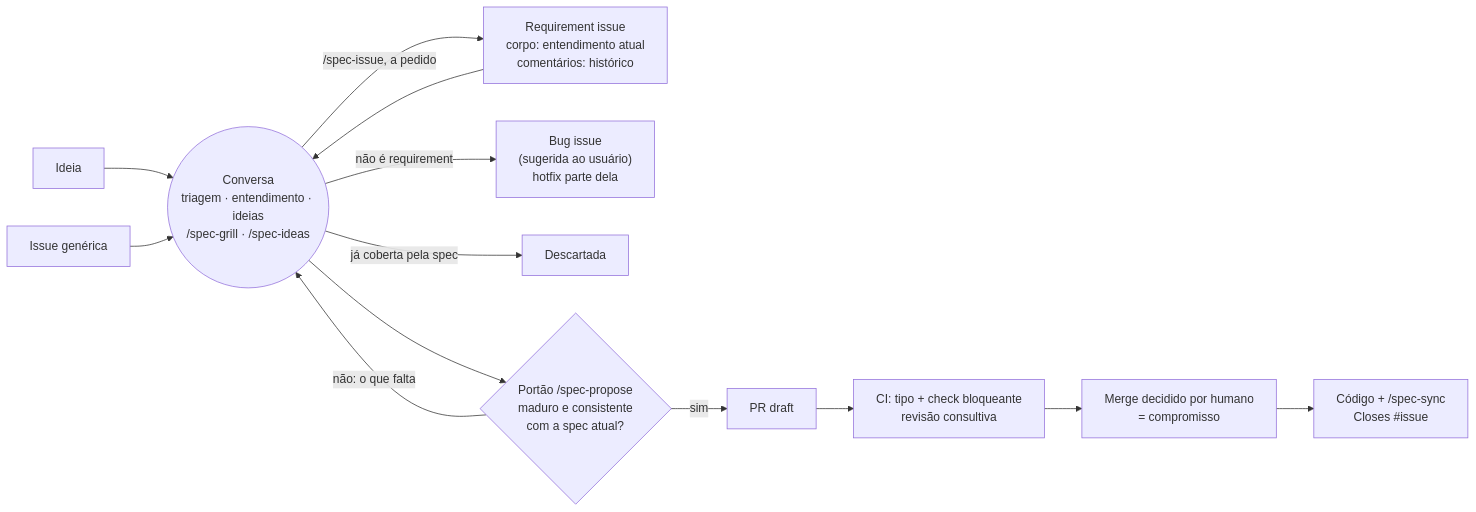
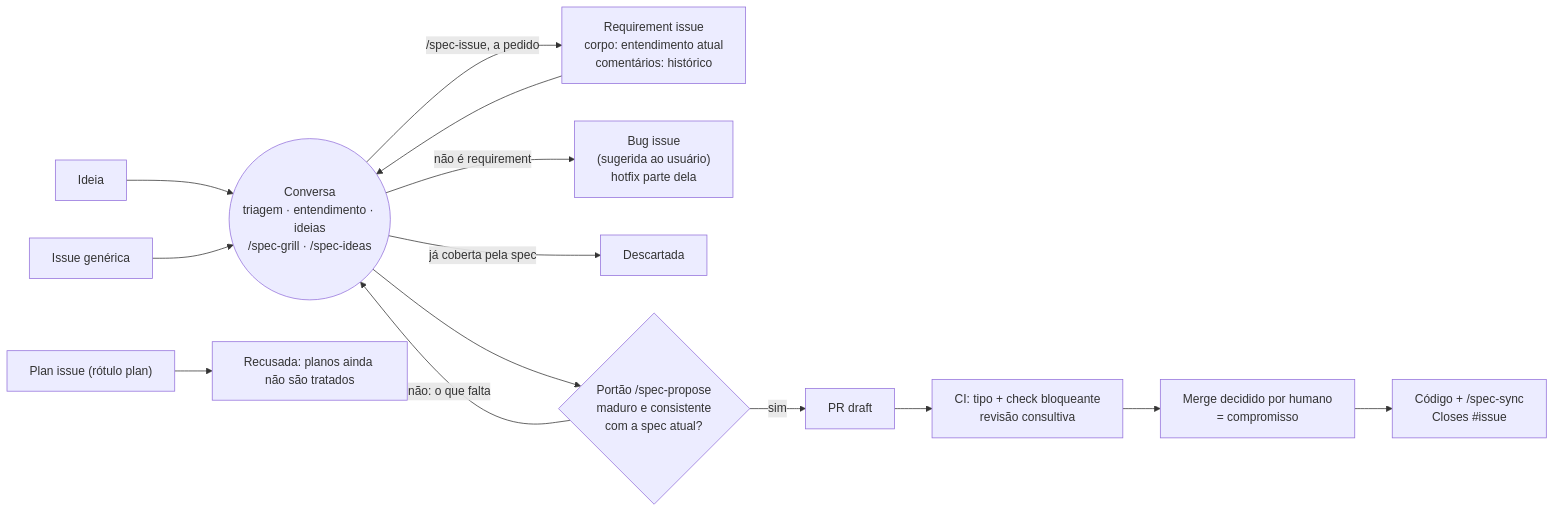
Before and after one commit to useful-toys/Tabularium: the diagram in README.md, drawn with Mermaid. The commit also changed other lines of this file and 8 other files, not shown here.

````diff
--- a/README.md
+++ b/README.md
@@ -16,14 +16,16 @@
 ```mermaid
 flowchart LR
   ID["Ideia"] --> C
   IS["Issue genérica"] --> C
   RI["Requirement issue<br/>corpo: entendimento atual<br/>comentários: histórico"] --> C
   C(("Conversa<br/>triagem · entendimento · ideias<br/>/spec-grill · /spec-ideas"))
   C -->|"/spec-issue, a pedido"| RI
   C -->|"não é requirement"| B["Bug issue<br/>(sugerida ao usuário)<br/>hotfix parte dela"]
   C -->|"já coberta pela spec"| X["Descartada"]
   C --> G{"Portão /spec-propose<br/>maduro e consistente<br/>com a spec atual?"}
   G -->|"não: o que falta"| C
   G -->|sim| P["PR draft"]
   P --> R["CI: tipo + check bloqueante<br/>revisão consultiva"] --> A["Merge decidido por humano<br/>= compromisso"] --> E["Código + /spec-sync<br/>Closes #issue"]
+
+  PL["Plan issue (rótulo plan)"] --> Z["Recusada: planos ainda não são tratados"]
 ```
````
